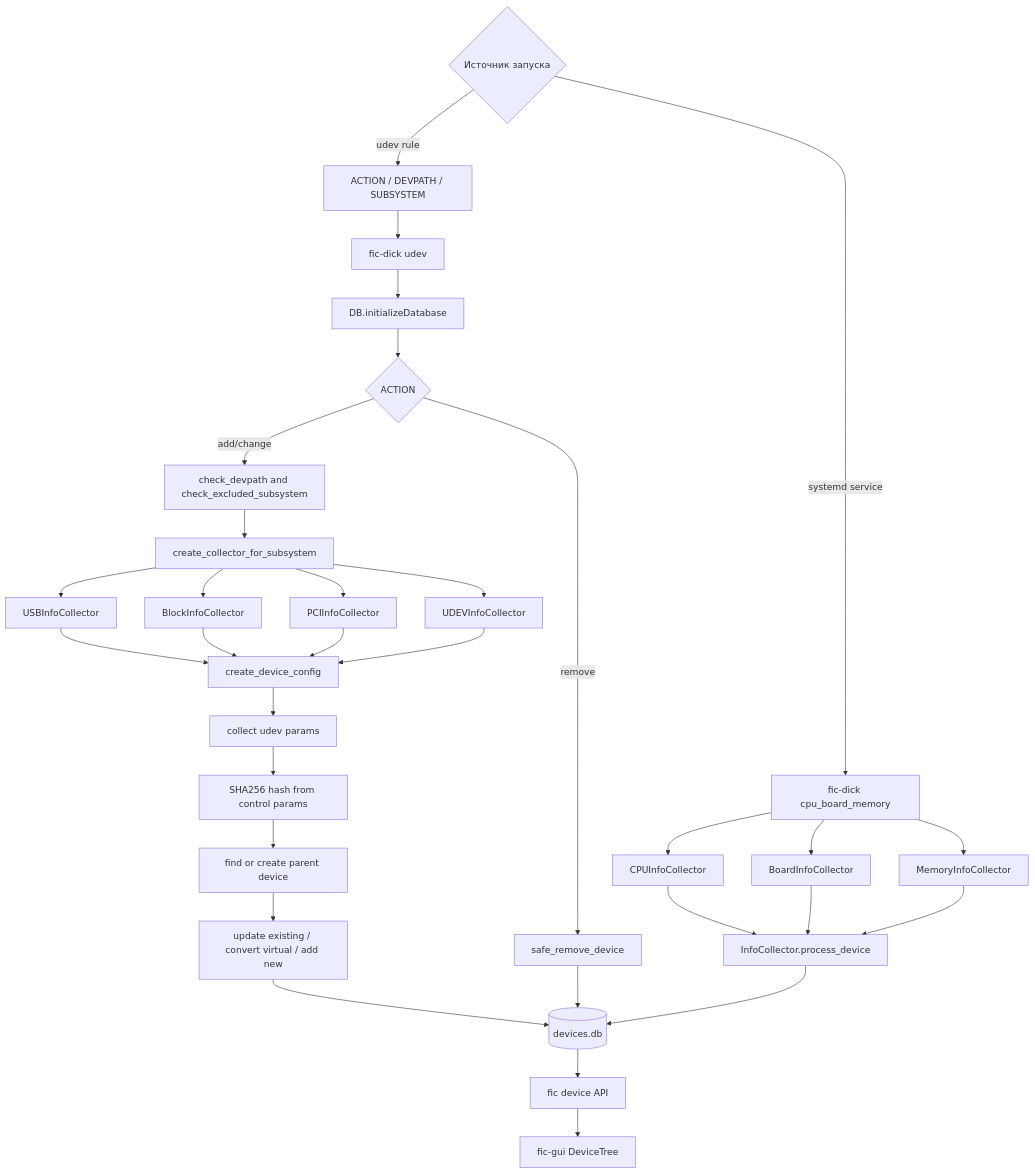
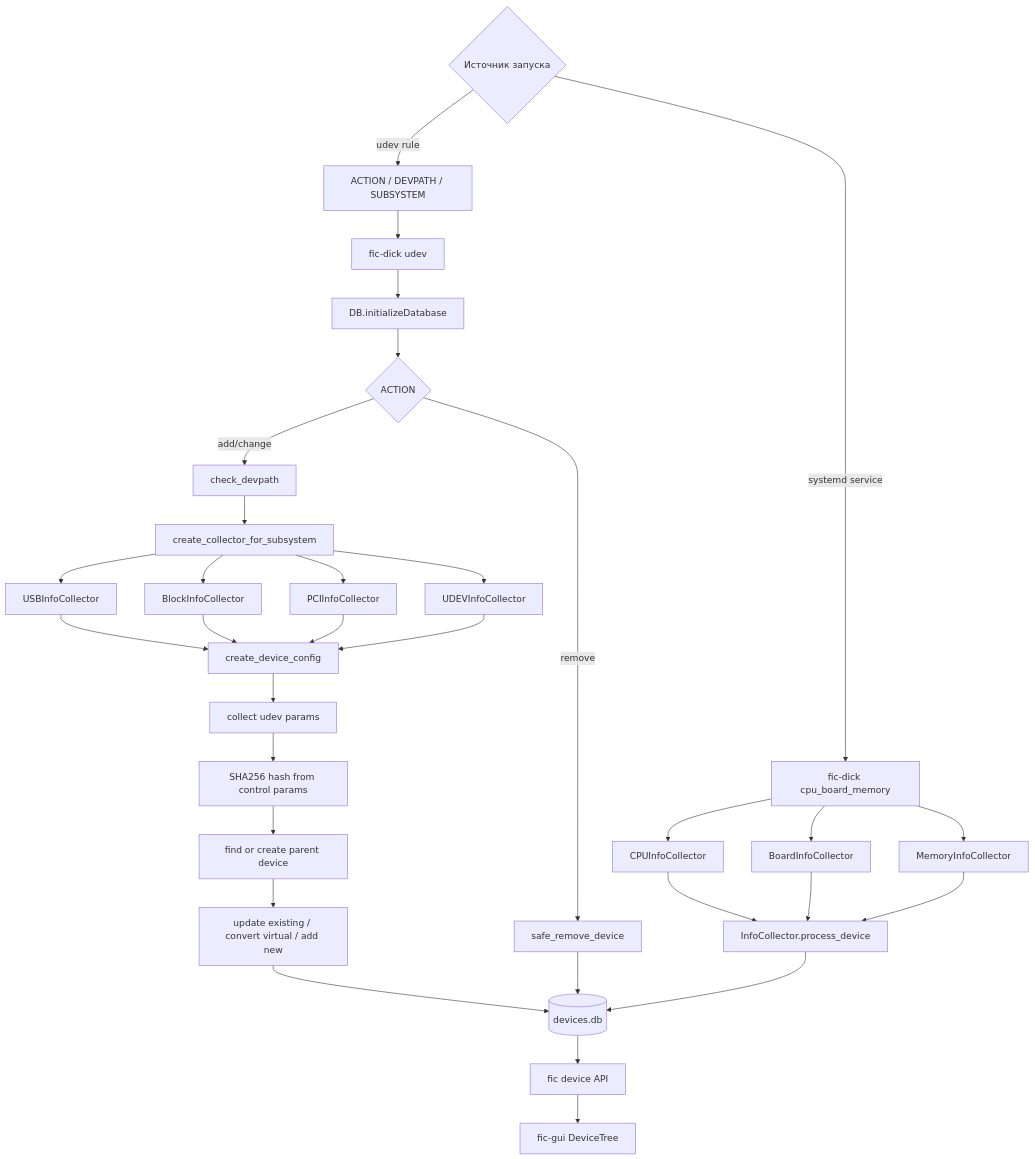
Before and after one commit to RevoltStar/FIC: the tenth of 11 diagrams in docs/architecture-diagrams.md, drawn with Mermaid. The commit also changed 6 other files, not shown here.

````diff
--- a/docs/architecture-diagrams.md
+++ b/docs/architecture-diagrams.md
@@ -341,41 +341,41 @@
 ```mermaid
 flowchart TD
     event{Источник запуска} -->|udev rule| udevEnv[ACTION / DEVPATH / SUBSYSTEM]
     event -->|systemd service| staticRun[fic-dick cpu_board_memory]
 
     udevEnv --> ficDickUdev[fic-dick udev]
     ficDickUdev --> initDb[DB.initializeDatabase]
     initDb --> action{ACTION}
 
-    action -->|add/change| validateUdev[check_devpath and check_excluded_subsystem]
+    action -->|add/change| validateUdev[check_devpath]
     validateUdev --> collectorFactory[create_collector_for_subsystem]
     collectorFactory --> usb[USBInfoCollector]
     collectorFactory --> block[BlockInfoCollector]
     collectorFactory --> pci[PCIInfoCollector]
     collectorFactory --> generic[UDEVInfoCollector]
 
     usb --> createDevice[create_device_config]
     block --> createDevice
     pci --> createDevice
     generic --> createDevice
 
     createDevice --> collectParams[collect udev params]
     collectParams --> hash[SHA256 hash from control params]
     hash --> parent[find or create parent device]
     parent --> upsert[update existing / convert virtual / add new]
     upsert --> writeDb[(devices.db)]
 
     action -->|remove| safeRemove[safe_remove_device]
     safeRemove --> writeDb
 
     staticRun --> cpu[CPUInfoCollector]
     staticRun --> board[BoardInfoCollector]
     staticRun --> memory[MemoryInfoCollector]
     cpu --> processDevice[InfoCollector.process_device]
     board --> processDevice
     memory --> processDevice
     processDevice --> writeDb
 
     writeDb --> daemonDeviceApi[fic device API]
     daemonDeviceApi --> guiTree[fic-gui DeviceTree]
 ```
````
